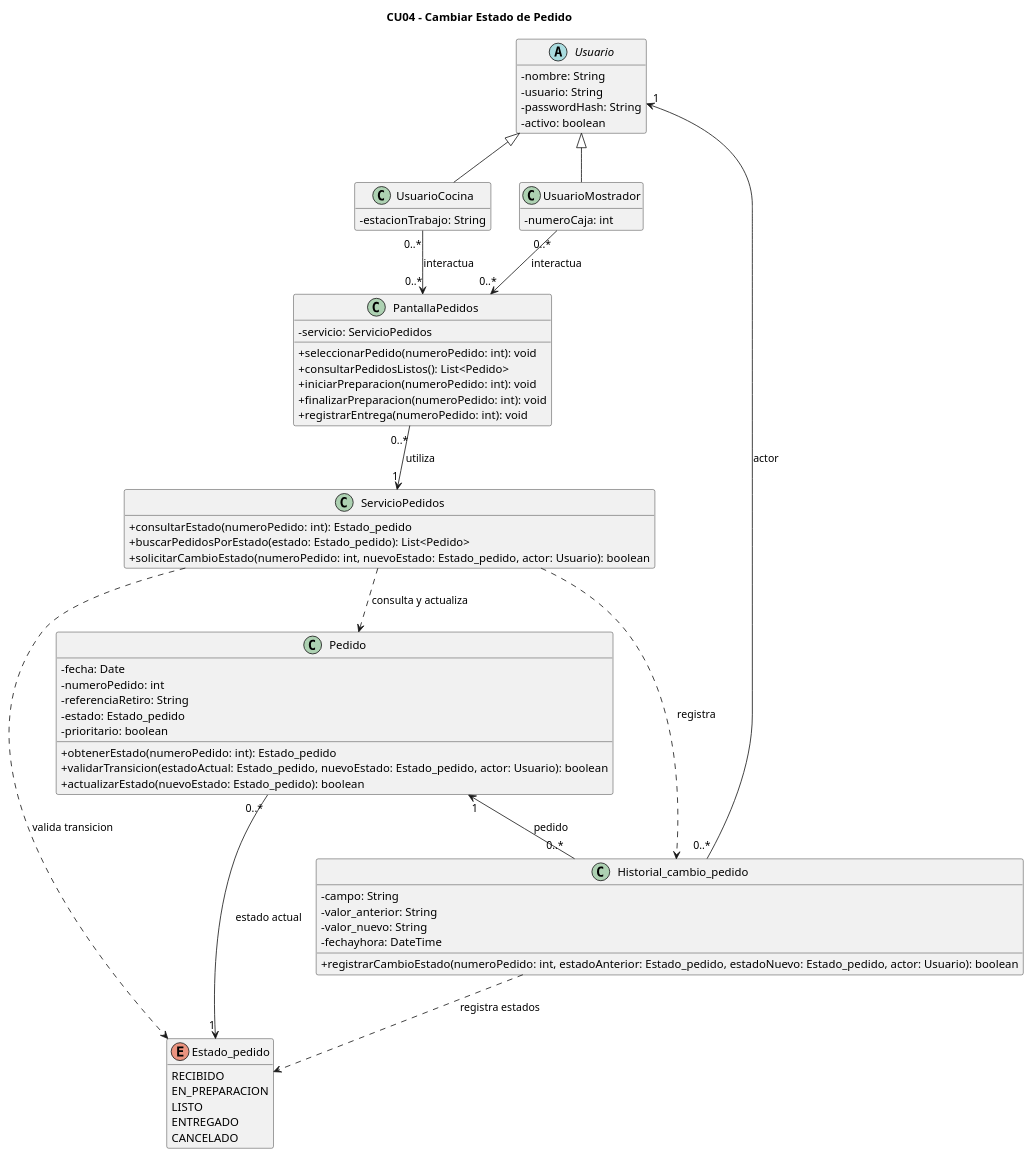
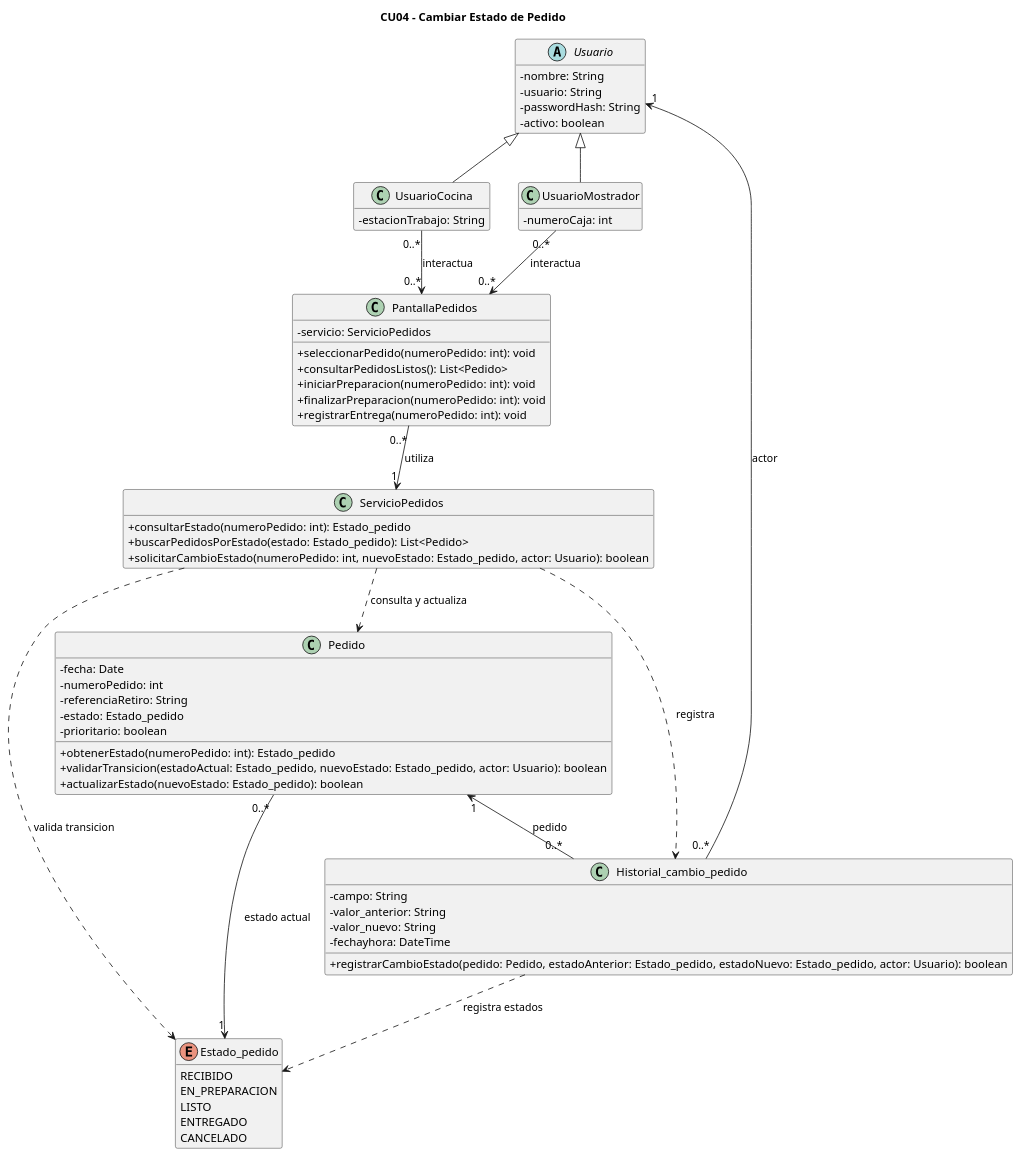
Before and after one commit to eloeyhe/SistemaPedidos: the diagram in diagramas/01-diagrama-clases/04-clases-cambiar-estado-pedido-04.puml, drawn with PlantUML. The commit also changed 6 other files, not shown here.

Commit message:
fix: unifico la firma de registrarCambioEstado y registrarCambioPedido entre CU2 y CU4

```diff
--- a/diagramas/01-diagrama-clases/04-clases-cambiar-estado-pedido-04.puml
+++ b/diagramas/01-diagrama-clases/04-clases-cambiar-estado-pedido-04.puml
@@ -1,79 +1,79 @@
 @startuml 04-clases-cambiar-estado-pedido-04
 title CU04 - Cambiar Estado de Pedido
 skinparam classAttributeIconSize 0
 hide empty members
 
 abstract class Usuario {
   - nombre: String
   - usuario: String
   - passwordHash: String
   - activo: boolean
 }
 
 class UsuarioCocina {
   - estacionTrabajo: String
 }
 
 class UsuarioMostrador {
   - numeroCaja: int
 }
 
 class PantallaPedidos {
   - servicio: ServicioPedidos
   + seleccionarPedido(numeroPedido: int): void
   + consultarPedidosListos(): List<Pedido>
   + iniciarPreparacion(numeroPedido: int): void
   + finalizarPreparacion(numeroPedido: int): void
   + registrarEntrega(numeroPedido: int): void
 }
 
 class ServicioPedidos {
   + consultarEstado(numeroPedido: int): Estado_pedido
   + buscarPedidosPorEstado(estado: Estado_pedido): List<Pedido>
   + solicitarCambioEstado(numeroPedido: int, nuevoEstado: Estado_pedido, actor: Usuario): boolean
 }
 
 class Pedido {
   - fecha: Date
   - numeroPedido: int
   - referenciaRetiro: String
   - estado: Estado_pedido
   - prioritario: boolean
   + obtenerEstado(numeroPedido: int): Estado_pedido
   + validarTransicion(estadoActual: Estado_pedido, nuevoEstado: Estado_pedido, actor: Usuario): boolean
   + actualizarEstado(nuevoEstado: Estado_pedido): boolean
 }
 
 class Historial_cambio_pedido {
   - campo: String
   - valor_anterior: String
   - valor_nuevo: String
   - fechayhora: DateTime
-  + registrarCambioEstado(numeroPedido: int, estadoAnterior: Estado_pedido, estadoNuevo: Estado_pedido, actor: Usuario): boolean
+  + registrarCambioEstado(pedido: Pedido, estadoAnterior: Estado_pedido, estadoNuevo: Estado_pedido, actor: Usuario): boolean
 }
 
 enum Estado_pedido {
   RECIBIDO
   EN_PREPARACION
   LISTO
   ENTREGADO
   CANCELADO
 }
 
 Usuario <|-- UsuarioCocina
 Usuario <|-- UsuarioMostrador
 
 UsuarioCocina "0..*" --> "0..*" PantallaPedidos : interactua
 UsuarioMostrador "0..*" --> "0..*" PantallaPedidos : interactua
 
 PantallaPedidos "0..*" --> "1" ServicioPedidos : utiliza
 ServicioPedidos ..> Pedido : consulta y actualiza
 ServicioPedidos ..> Historial_cambio_pedido : registra
 
 Pedido "0..*" --> "1" Estado_pedido : estado actual
 Pedido "1" <-- "0..*" Historial_cambio_pedido : pedido
 Historial_cambio_pedido "0..*" --> "1" Usuario : actor
 
 ServicioPedidos ..> Estado_pedido : valida transicion
 Historial_cambio_pedido ..> Estado_pedido : registra estados
 @enduml
```
